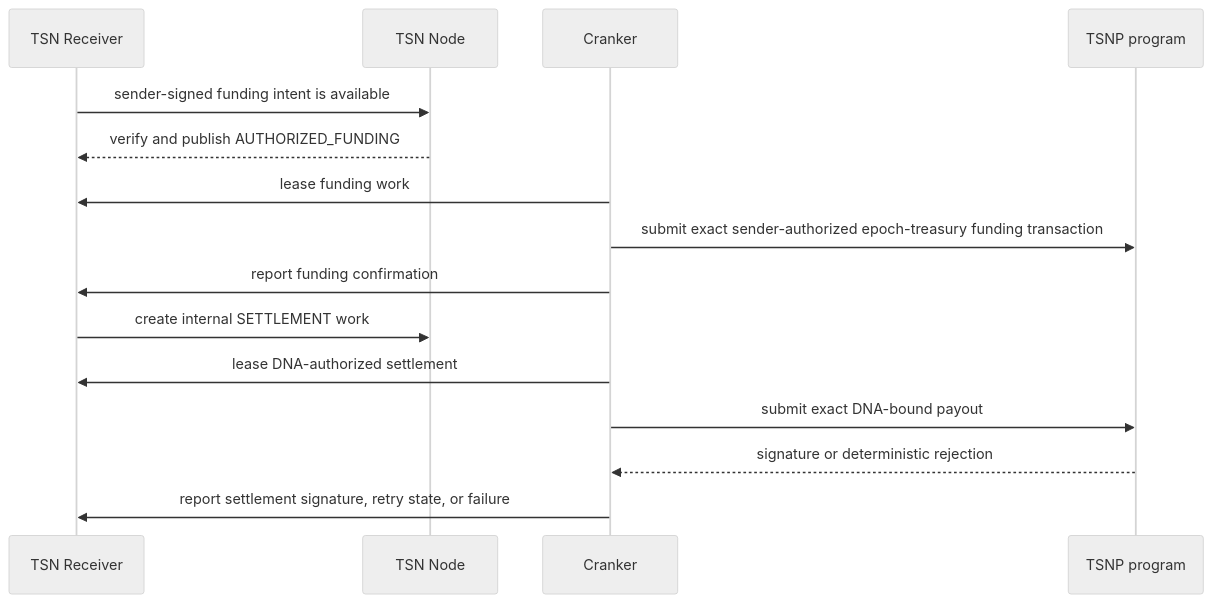
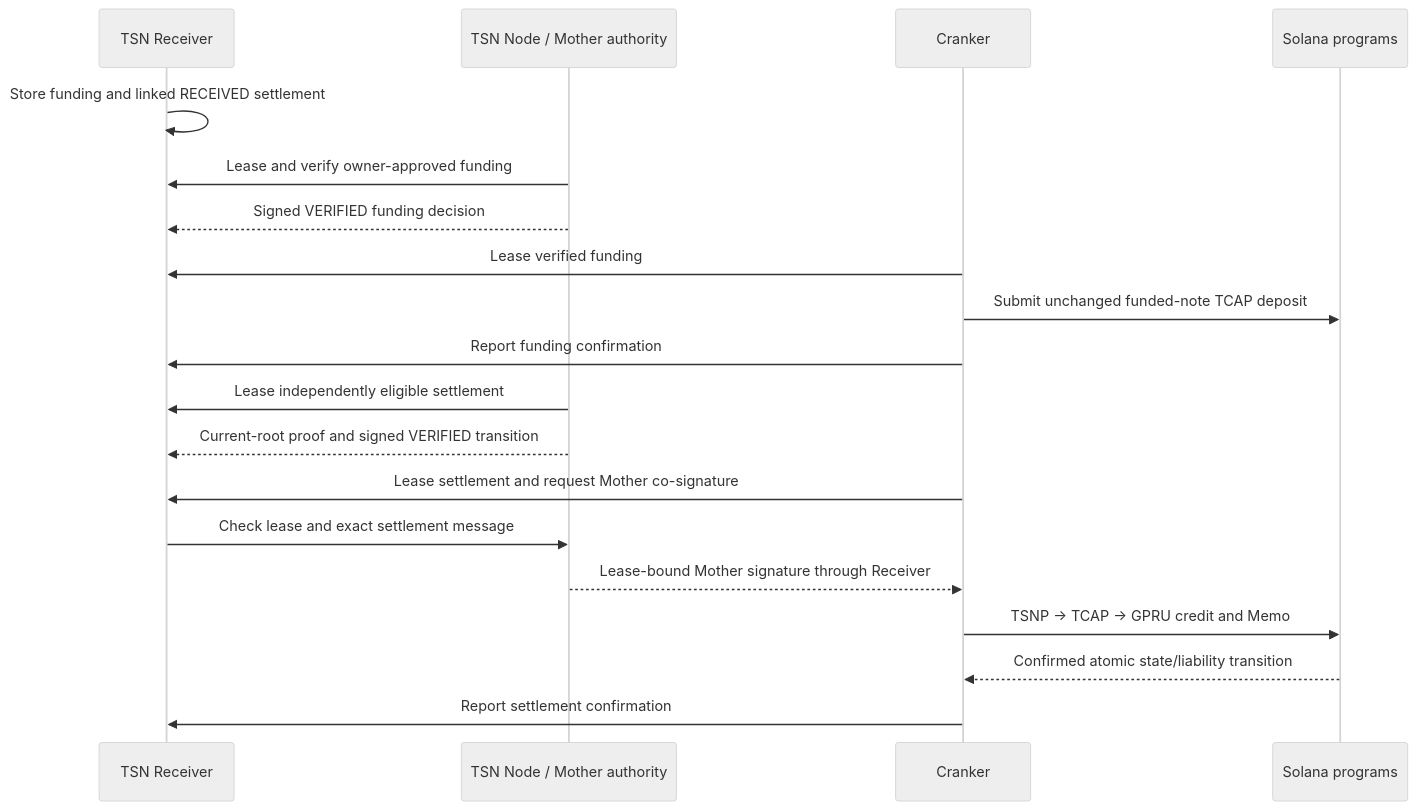
The second of 2 diagrams in docs/CRANKER-OPERATOR-GUIDE.md (bigdreamsweb3/trustlink-pay), drawn with Mermaid (neutral theme) before and after one commit. The commit also changed other lines of this file and 232 other files, not shown here.

````diff
--- a/docs/CRANKER-OPERATOR-GUIDE.md
+++ b/docs/CRANKER-OPERATOR-GUIDE.md
@@ -286,17 +285,21 @@
 ```mermaid
 sequenceDiagram
     participant R as TSN Receiver
-    participant N as TSN Node
+    participant N as TSN Node / Mother authority
     participant C as Cranker
-    participant S as TSNP program
-    R->>N: sender-signed funding intent is available
-    N-->>R: verify and publish AUTHORIZED_FUNDING
-    C->>R: lease funding work
-    C->>S: submit exact sender-authorized epoch-treasury funding transaction
-    C->>R: report funding confirmation
-    R->>N: create internal SETTLEMENT work
-    C->>R: lease DNA-authorized settlement
-    C->>S: submit exact DNA-bound payout
-    S-->>C: signature or deterministic rejection
-    C->>R: report settlement signature, retry state, or failure
+    participant S as Solana programs
+    R->>R: Store funding and linked RECEIVED settlement
+    N->>R: Lease and verify owner-approved funding
+    N-->>R: Signed VERIFIED funding decision
+    C->>R: Lease verified funding
+    C->>S: Submit unchanged funded-note TCAP deposit
+    C->>R: Report funding confirmation
+    N->>R: Lease independently eligible settlement
+    N-->>R: Current-root proof and signed VERIFIED transition
+    C->>R: Lease settlement and request Mother co-signature
+    R->>N: Check lease and exact settlement message
+    N-->>C: Lease-bound Mother signature through Receiver
+    C->>S: TSNP -> TCAP -> GPRU credit and Memo
+    S-->>C: Confirmed atomic state/liability transition
+    C->>R: Report settlement confirmation
 ```
````
